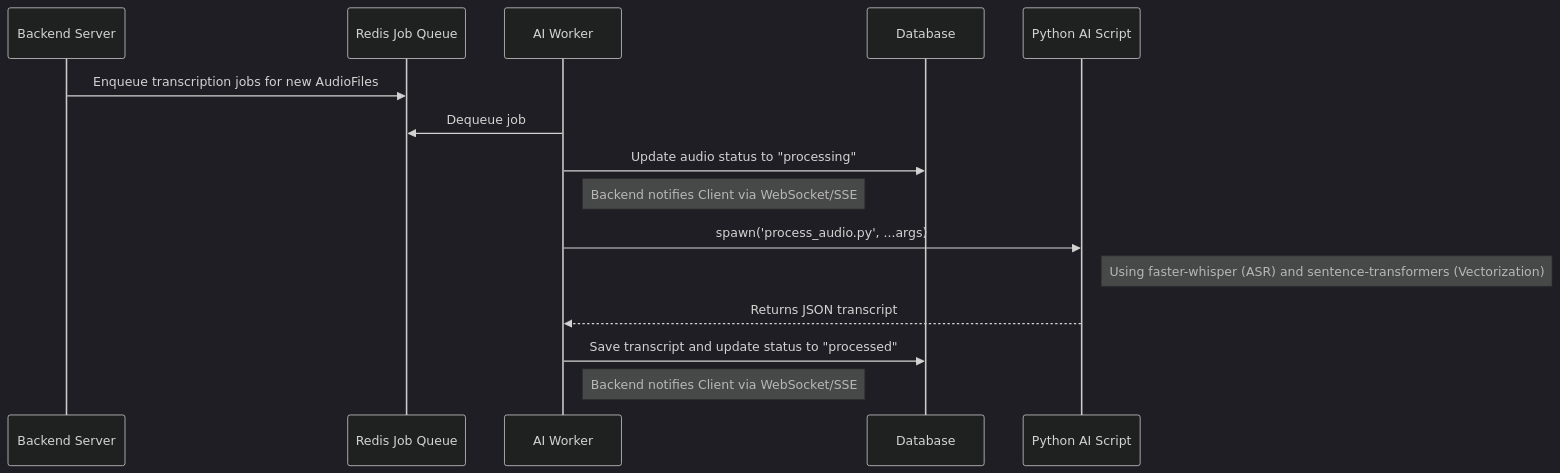
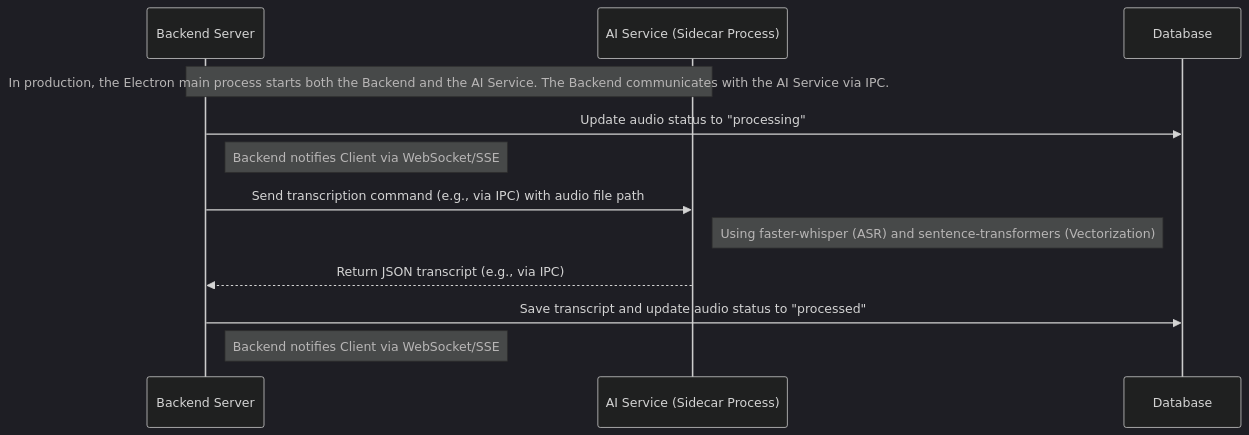
One commit to QQ5YU/EchoMind changed the fifth of 10 diagrams in specs/001-mvp-audio-search/spec.md. Above: the diagram before and after it, drawn with Mermaid (dark theme). The commit also changed other lines of this file and 1 other file, not shown here.

First line of the commit message:
docs(spec): Align spec and checklist with IPC architecture

````diff
--- a/specs/001-mvp-audio-search/spec.md
+++ b/specs/001-mvp-audio-search/spec.md
@@ -153,19 +171,37 @@
 ```mermaid
+
 sequenceDiagram
+
     participant Backend as Backend Server
-    participant Queue as Redis Job Queue
-    participant Worker as AI Worker
+
+    participant AIService as AI Service (Sidecar Process)
+
     participant DB as Database
-    participant AIScript as Python AI Script
 
-    Backend->>Queue: Enqueue transcription jobs for new AudioFiles
+
+
+    note over Backend, AIService: In production, the Electron main process starts both the Backend and the AI Service. The Backend communicates with the AI Service via IPC.
+
+
+
+    Backend->>DB: Update audio status to "processing"
+
+    note right of Backend: Backend notifies Client via WebSocket/SSE
+
     
-    Worker->>Queue: Dequeue job
-    Worker->>DB: Update audio status to "processing"
-    note right of Worker: Backend notifies Client via WebSocket/SSE
-    Worker->>AIScript: spawn('process_audio.py', ...args)
-    note right of AIScript: Using faster-whisper (ASR) and sentence-transformers (Vectorization)
-    AIScript-->>Worker: Returns JSON transcript
-    Worker->>DB: Save transcript and update status to "processed"
-    note right of Worker: Backend notifies Client via WebSocket/SSE
+
+    Backend->>AIService: Send transcription command (e.g., via IPC) with audio file path
+
+    note right of AIService: Using faster-whisper (ASR) and sentence-transformers (Vectorization)
+
+    
+
+    AIService-->>Backend: Return JSON transcript (e.g., via IPC)
+
+    
+
+    Backend->>DB: Save transcript and update audio status to "processed"
+
+    note right of Backend: Backend notifies Client via WebSocket/SSE
+
 ```
````
